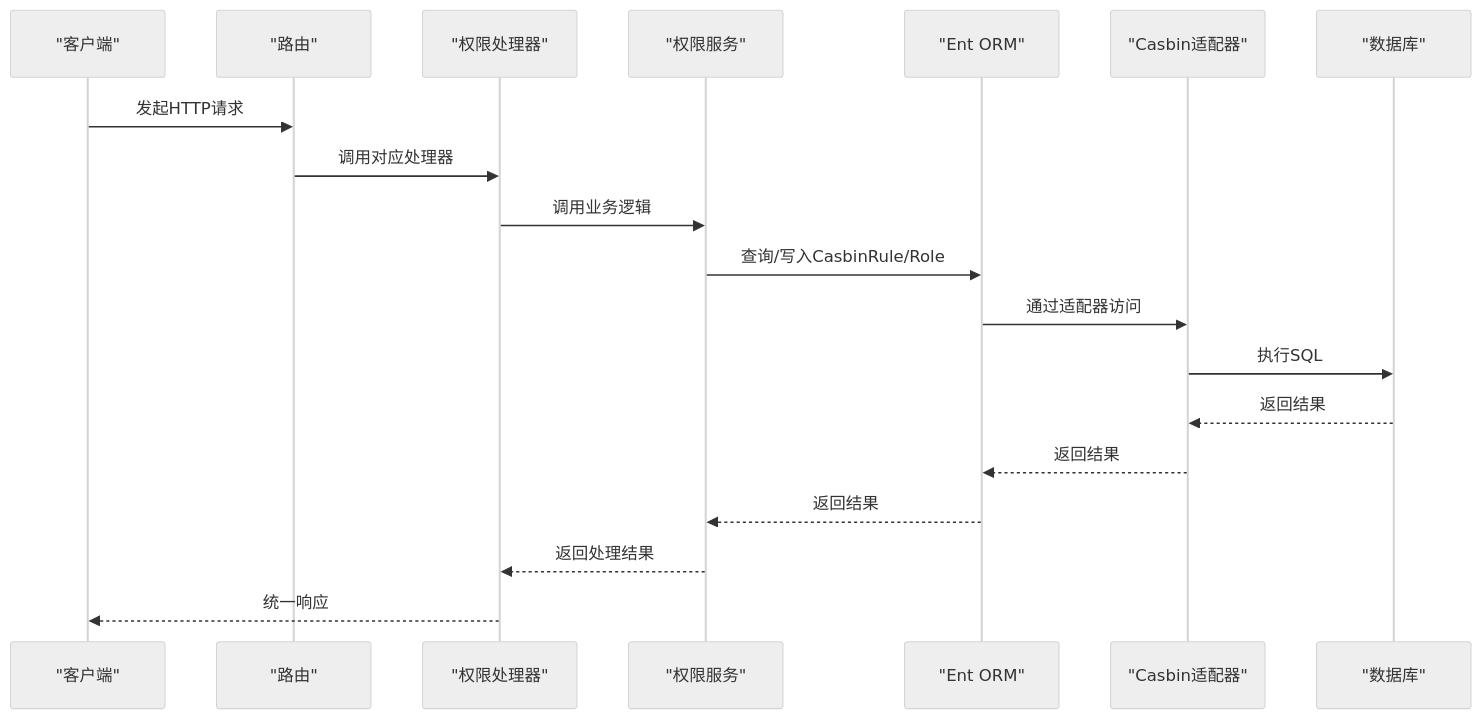
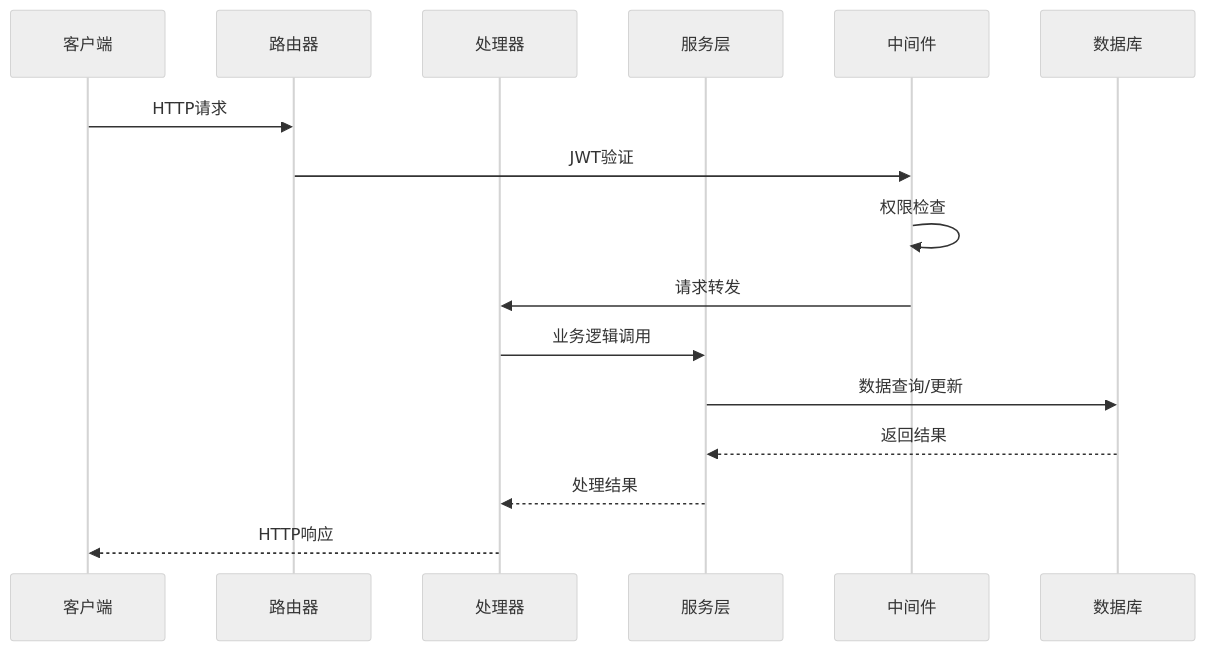
Before and after one commit to wuwuseo/e-sports-go-admin: the second of 5 diagrams in .qoder/repowiki/zh/content/API接口文档/权限管理接口.md, drawn with Mermaid (neutral theme). The commit also changed other lines of this file and 141 other files, not shown here.

````diff
--- a/.qoder/repowiki/zh/content/API接口文档/权限管理接口.md
+++ b/.qoder/repowiki/zh/content/API接口文档/权限管理接口.md
@@ -131,21 +97,18 @@
 ```mermaid
 sequenceDiagram
-participant Client as "客户端"
-participant Router as "路由"
-participant Handler as "权限处理器"
-participant Service as "权限服务"
-participant ORM as "Ent ORM"
-participant Adapter as "Casbin适配器"
-participant DB as "数据库"
-Client->>Router : 发起HTTP请求
-Router->>Handler : 调用对应处理器
-Handler->>Service : 调用业务逻辑
-Service->>ORM : 查询/写入CasbinRule/Role
-ORM->>Adapter : 通过适配器访问
-Adapter->>DB : 执行SQL
-DB-->>Adapter : 返回结果
-Adapter-->>ORM : 返回结果
-ORM-->>Service : 返回结果
-Service-->>Handler : 返回处理结果
-Handler-->>Client : 统一响应
+participant Client as 客户端
+participant Router as 路由器
+participant Handler as 处理器
+participant Service as 服务层
+participant Middleware as 中间件
+participant DB as 数据库
+Client->>Router : HTTP请求
+Router->>Middleware : JWT验证
+Middleware->>Middleware : 权限检查
+Middleware->>Handler : 请求转发
+Handler->>Service : 业务逻辑调用
+Service->>DB : 数据查询/更新
+DB-->>Service : 返回结果
+Service-->>Handler : 处理结果
+Handler-->>Client : HTTP响应
 ```
````
